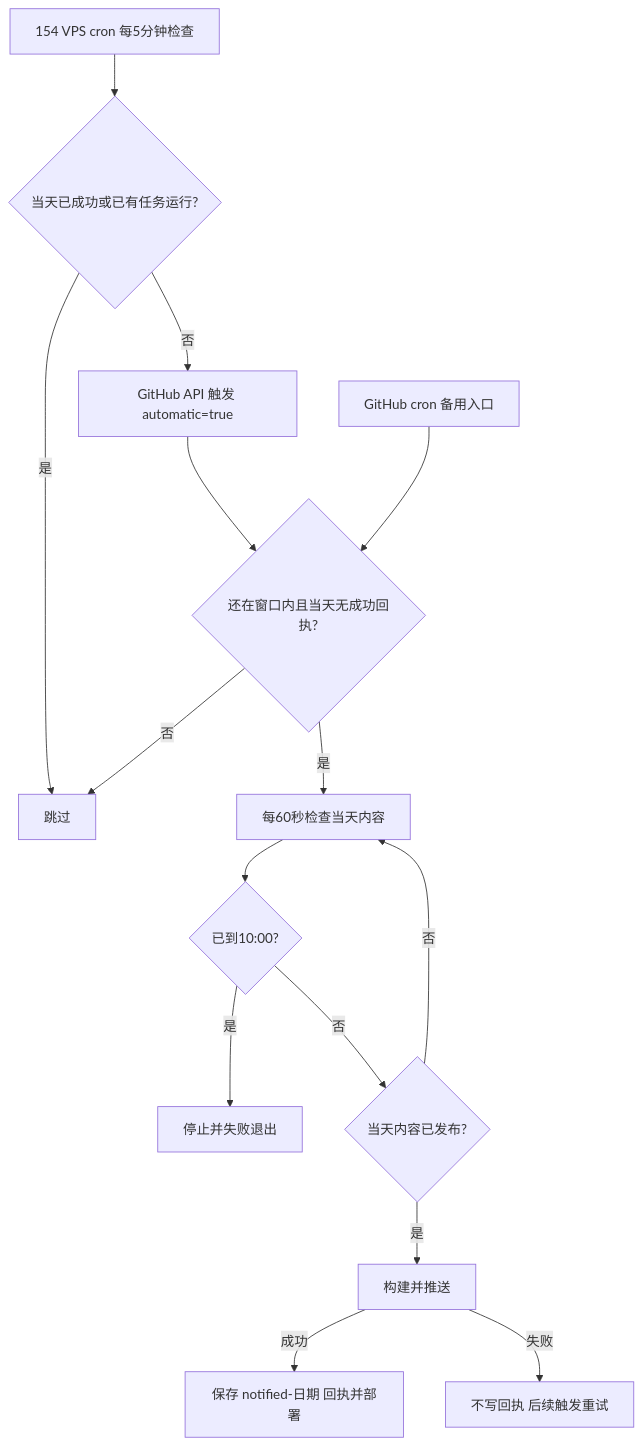
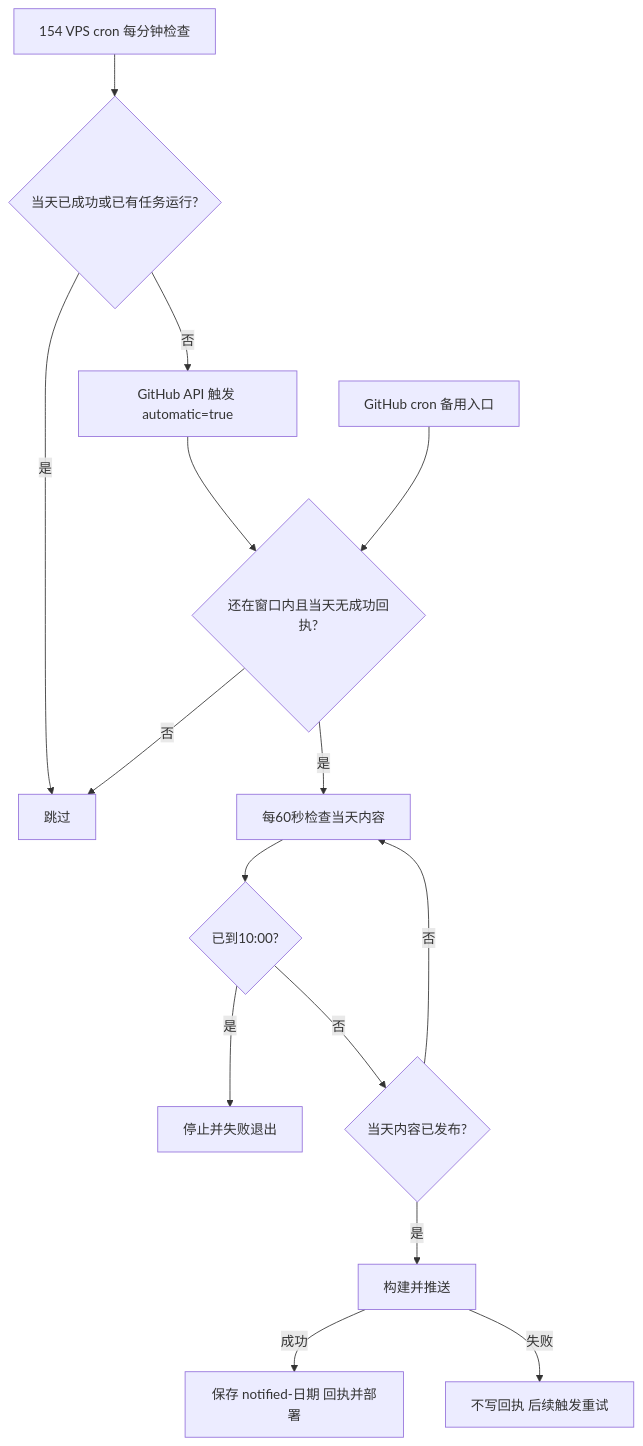
One commit to bufferducky/ai-daily changed the diagram in README.md. Above: the diagram before and after it, drawn with Mermaid. The commit also changed other lines of this file and 2 other files, not shown here.

Commit message:
fix(cron): check VPS delivery trigger every minute

````diff
--- a/README.md
+++ b/README.md
@@ -92,17 +92,17 @@
 ```mermaid
 flowchart TD
-    A[154 VPS cron 每5分钟检查] --> A1{当天已成功或已有任务运行?}
+    A[154 VPS cron 每分钟检查] --> A1{当天已成功或已有任务运行?}
     A1 -->|是| C[跳过]
     A1 -->|否| A2[GitHub API 触发 automatic=true]
     A2 --> B{还在窗口内且当天无成功回执?}
     A3[GitHub cron 备用入口] --> B
     B -->|否| C[跳过]
     B -->|是| D[每60秒检查当天内容]
     D --> E{已到10:00?}
     E -->|是| F[停止并失败退出]
     E -->|否| G{当天内容已发布?}
     G -->|否| D
     G -->|是| H[构建并推送]
     H -->|成功| I[保存 notified-日期 回执并部署]
     H -->|失败| J[不写回执 后续触发重试]
 ```
````
